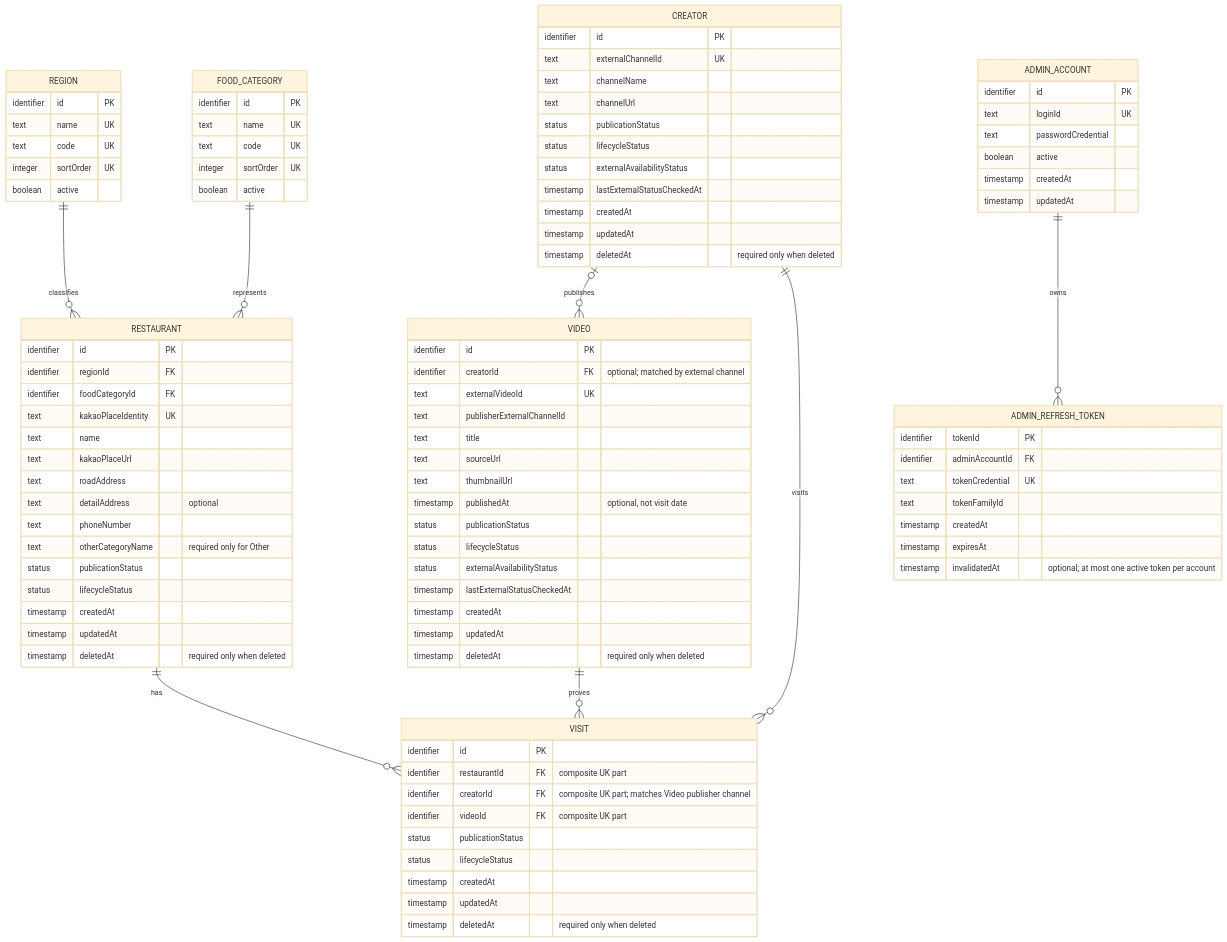
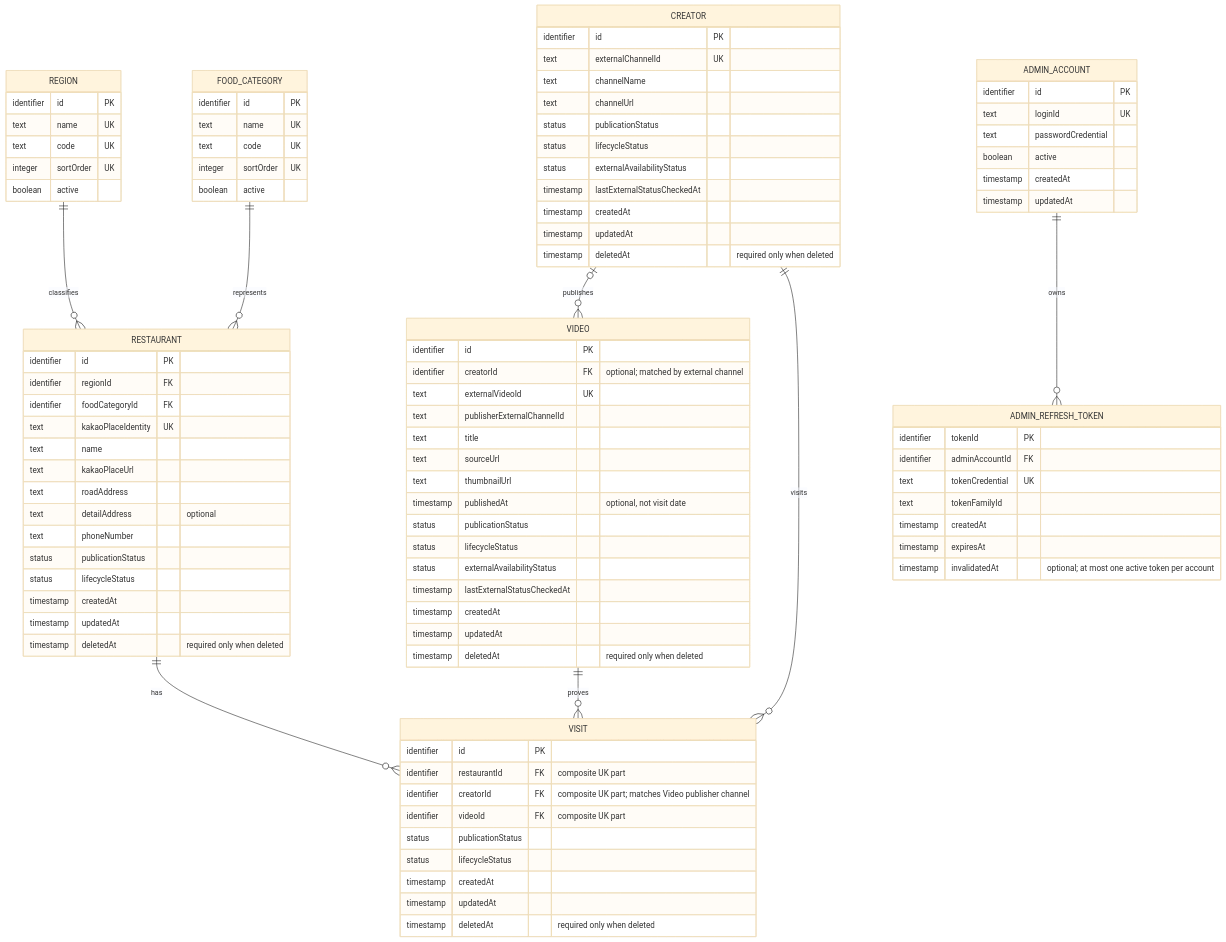
The diagram in docs/05-specs/diagrams/erd.mmd (team-youngkk/masit-on), drawn with Mermaid (base theme) before and after one commit. The commit also changed 8 other files, not shown here.

```diff
--- a/docs/05-specs/diagrams/erd.mmd
+++ b/docs/05-specs/diagrams/erd.mmd
@@ -1,105 +1,104 @@
 erDiagram
     REGION ||--o{ RESTAURANT : classifies
     FOOD_CATEGORY ||--o{ RESTAURANT : represents
     CREATOR o|--o{ VIDEO : publishes
     RESTAURANT ||--o{ VISIT : has
     CREATOR ||--o{ VISIT : visits
     VIDEO ||--o{ VISIT : proves
     ADMIN_ACCOUNT ||--o{ ADMIN_REFRESH_TOKEN : owns
 
     REGION {
         identifier id PK
         text name UK
         text code UK
         integer sortOrder UK
         boolean active
     }
 
     FOOD_CATEGORY {
         identifier id PK
         text name UK
         text code UK
         integer sortOrder UK
         boolean active
     }
 
     RESTAURANT {
         identifier id PK
         identifier regionId FK
         identifier foodCategoryId FK
         text kakaoPlaceIdentity UK
         text name
         text kakaoPlaceUrl
         text roadAddress
         text detailAddress "optional"
         text phoneNumber
-        text otherCategoryName "required only for Other"
         status publicationStatus
         status lifecycleStatus
         timestamp createdAt
         timestamp updatedAt
         timestamp deletedAt "required only when deleted"
     }
 
     CREATOR {
         identifier id PK
         text externalChannelId UK
         text channelName
         text channelUrl
         status publicationStatus
         status lifecycleStatus
         status externalAvailabilityStatus
         timestamp lastExternalStatusCheckedAt
         timestamp createdAt
         timestamp updatedAt
         timestamp deletedAt "required only when deleted"
     }
 
     VIDEO {
         identifier id PK
         identifier creatorId FK "optional; matched by external channel"
         text externalVideoId UK
         text publisherExternalChannelId
         text title
         text sourceUrl
         text thumbnailUrl
         timestamp publishedAt "optional, not visit date"
         status publicationStatus
         status lifecycleStatus
         status externalAvailabilityStatus
         timestamp lastExternalStatusCheckedAt
         timestamp createdAt
         timestamp updatedAt
         timestamp deletedAt "required only when deleted"
     }
 
     VISIT {
         identifier id PK
         identifier restaurantId FK "composite UK part"
         identifier creatorId FK "composite UK part; matches Video publisher channel"
         identifier videoId FK "composite UK part"
         status publicationStatus
         status lifecycleStatus
         timestamp createdAt
         timestamp updatedAt
         timestamp deletedAt "required only when deleted"
     }
 
     ADMIN_ACCOUNT {
         identifier id PK
         text loginId UK
         text passwordCredential
         boolean active
         timestamp createdAt
         timestamp updatedAt
     }
 
     ADMIN_REFRESH_TOKEN {
         identifier tokenId PK
         identifier adminAccountId FK
         text tokenCredential UK
         text tokenFamilyId
         timestamp createdAt
         timestamp expiresAt
         timestamp invalidatedAt "optional; at most one active token per account"
     }
```
